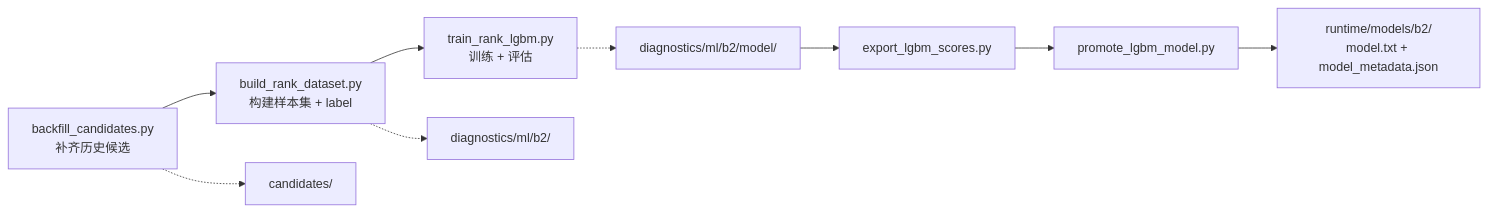
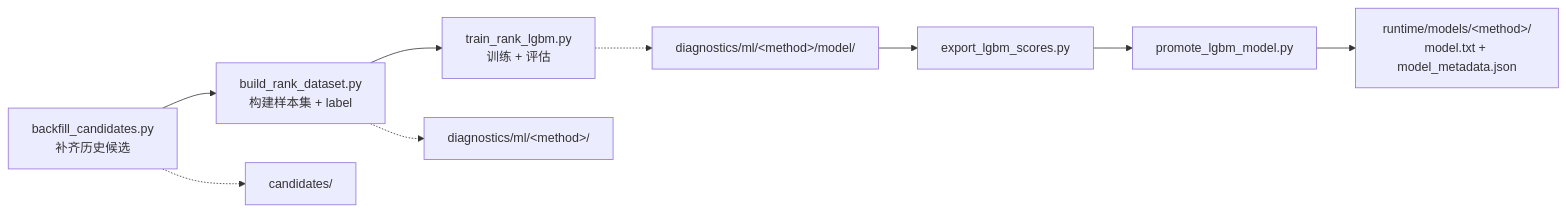
Before and after one commit to T0n0T/stock-select: the diagram in docs/model.md, drawn with Mermaid. The commit also changed other lines of this file and 41 other files, not shown here.

````diff
--- a/docs/model.md
+++ b/docs/model.md
@@ -7,13 +9,13 @@
 ```mermaid
 flowchart LR
     BC["backfill_candidates.py<br/>补齐历史候选"] --> BD["build_rank_dataset.py<br/>构建样本集 + label"]
     BD --> TR["train_rank_lgbm.py<br/>训练 + 评估"]
 
     BC -.-> C["candidates/"]
-    BD -.-> D["diagnostics/ml/b2/"]
-    TR -.-> M["diagnostics/ml/b2/model/"]
+    BD -.-> D["diagnostics/ml/&lt;method&gt;/"]
+    TR -.-> M["diagnostics/ml/&lt;method&gt;/model/"]
 
     M --> EXP["export_lgbm_scores.py"]
     EXP --> PROM["promote_lgbm_model.py"]
-    PROM --> R["runtime/models/b2/<br/>model.txt + model_metadata.json"]
+    PROM --> R["runtime/models/&lt;method&gt;/<br/>model.txt + model_metadata.json"]
 ```
````
